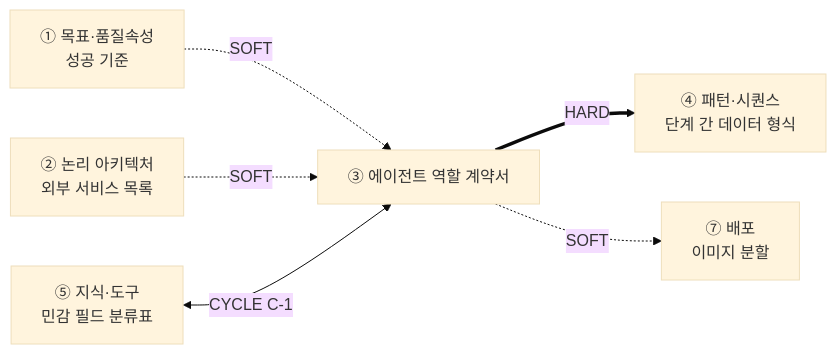
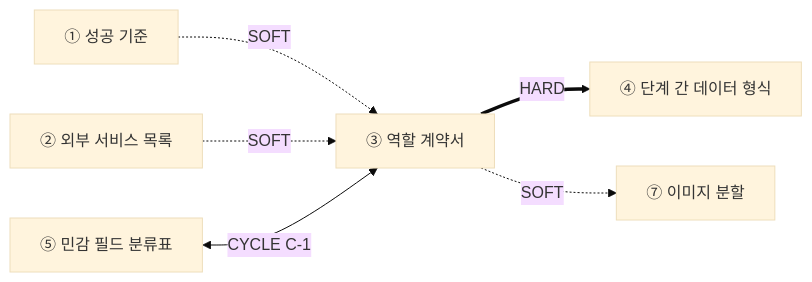
The diagram in guides/03-에이전트역할계약서-가이드.md (unicorn-campus/design-agentic-ai), drawn with Mermaid (base theme) before and after one commit. The commit also changed other lines of this file and 19 other files, not shown here.

````diff
--- a/guides/03-에이전트역할계약서-가이드.md
+++ b/guides/03-에이전트역할계약서-가이드.md
@@ -17,8 +17,8 @@
 ```mermaid
 graph LR
-  A["① 목표·품질속성<br/>성공 기준"] -.SOFT.-> C
-  B["② 논리 아키텍처<br/>외부 서비스 목록"] -.SOFT.-> C
-  E["⑤ 지식·도구<br/>민감 필드 분류표"] <-->|CYCLE C-1| C
-  C["③ 에이전트 역할 계약서"] ==>|HARD| D["④ 패턴·시퀀스<br/>단계 간 데이터 형식"]
-  C -.SOFT.-> G["⑦ 배포<br/>이미지 분할"]
+  A["① 성공 기준"] -.SOFT.-> C
+  B["② 외부 서비스 목록"] -.SOFT.-> C
+  E["⑤ 민감 필드 분류표"] <-->|CYCLE C-1| C
+  C["③ 역할 계약서"] ==>|HARD| D["④ 단계 간 데이터 형식"]
+  C -.SOFT.-> G["⑦ 이미지 분할"]
 ```
````
